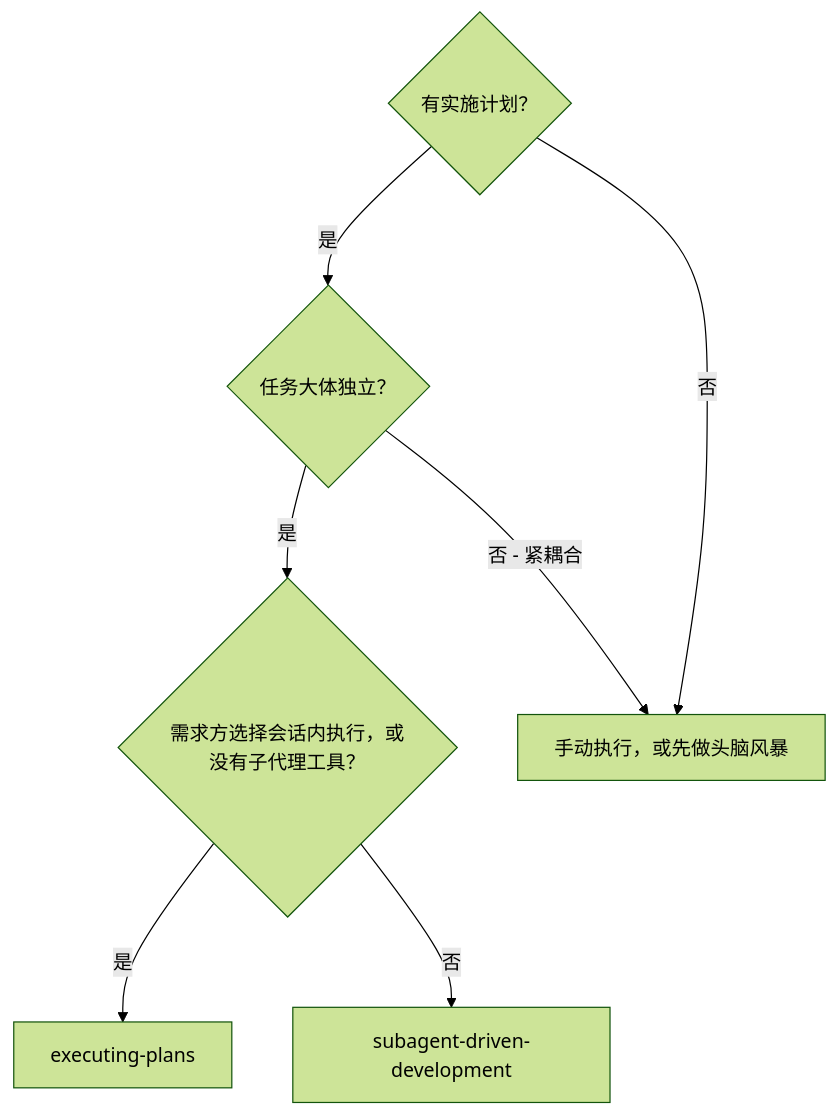
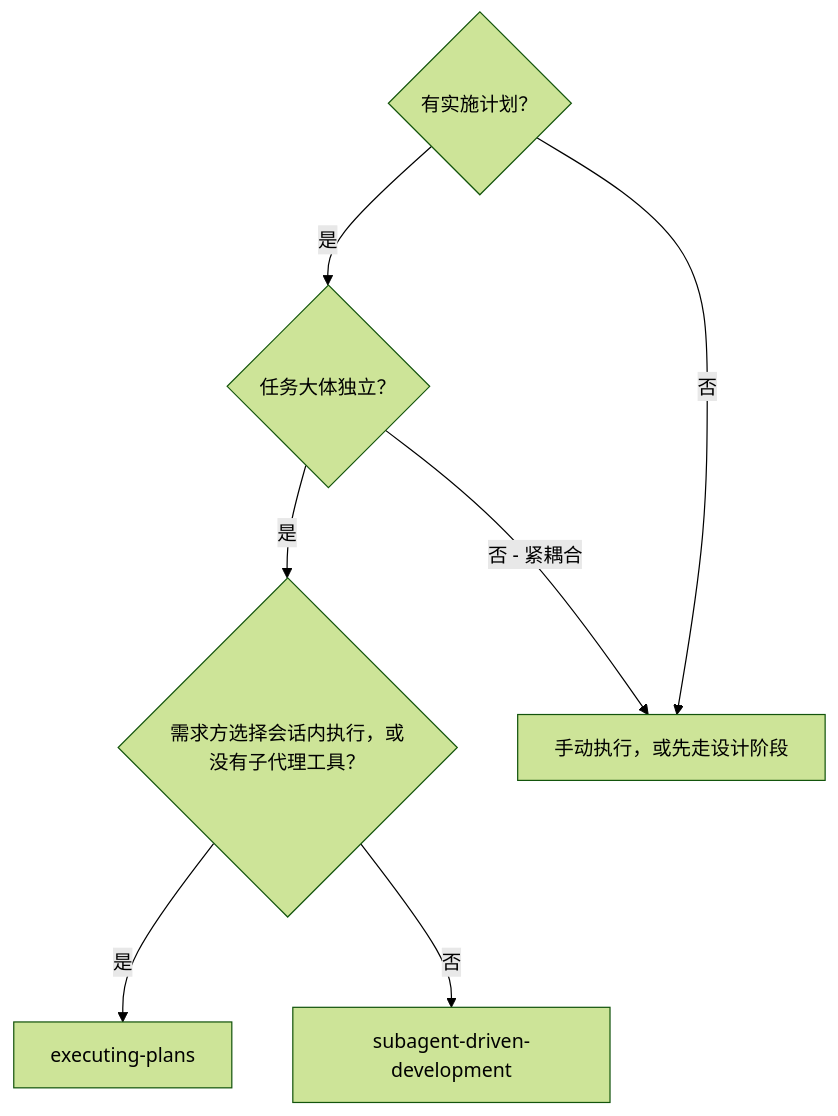
One commit to chuxiao/superpowers changed the first of 2 diagrams in skills/subagent-driven-development/SKILL.md. Above: the diagram before and after it, drawn with Mermaid (forest theme). The commit also changed 63 other files, not shown here.

````diff
--- a/skills/subagent-driven-development/SKILL.md
+++ b/skills/subagent-driven-development/SKILL.md
@@ -24,16 +24,16 @@
 ```mermaid
 flowchart TD
     has_plan{"有实施计划？"}
     tasks_independent{"任务大体独立？"}
     in_session_or_no_subagents{"需求方选择会话内执行，或没有子代理工具？"}
     sdd["subagent-driven-development"]
     executing_plans["executing-plans"]
-    manual_or_brainstorm["手动执行，或先做头脑风暴"]
+    manual_or_brainstorm["手动执行，或先走设计阶段"]
 
     has_plan -->|是| tasks_independent
     has_plan -->|否| manual_or_brainstorm
     tasks_independent -->|是| in_session_or_no_subagents
     tasks_independent -->|否 - 紧耦合| manual_or_brainstorm
     in_session_or_no_subagents -->|是| executing_plans
     in_session_or_no_subagents -->|否| sdd
 ```
````
